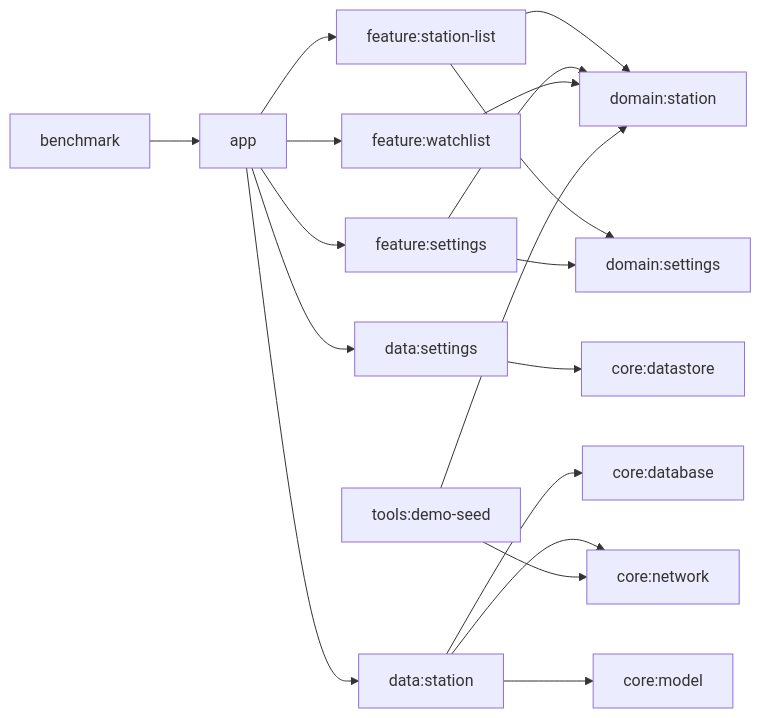
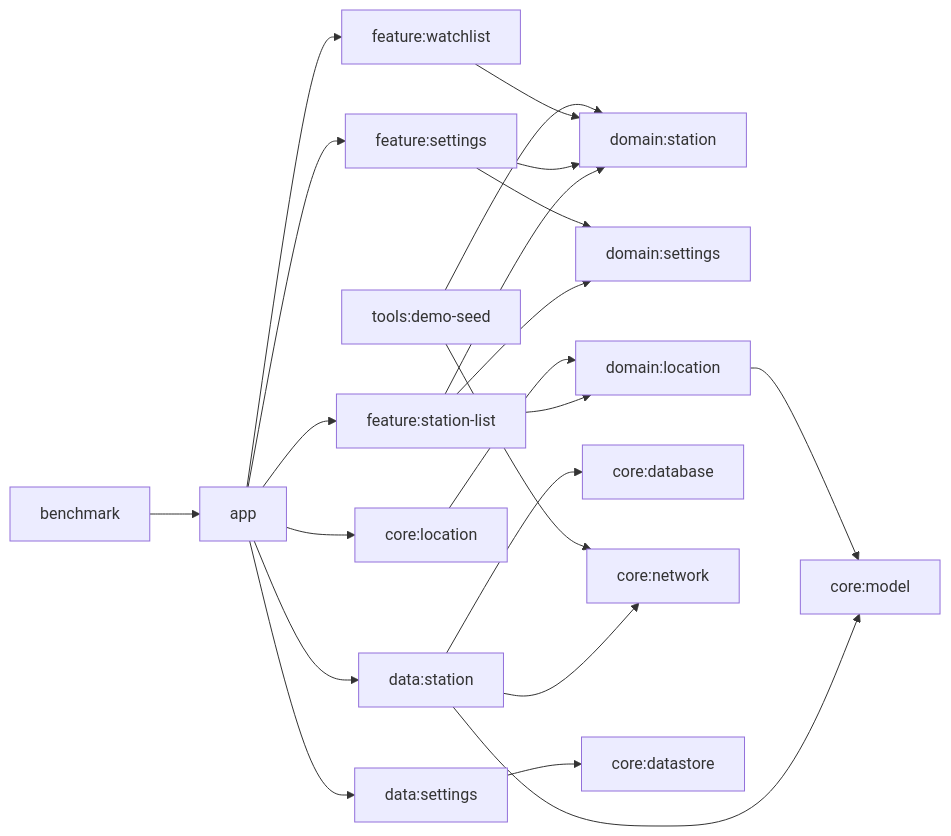
The diagram in README.md (beyondwin/GasStation), drawn with Mermaid before and after one commit. The commit also changed other lines of this file and 4 other files, not shown here.

````diff
--- a/README.md
+++ b/README.md
@@ -37,23 +38,27 @@
 ```mermaid
 flowchart LR
     app["app"] --> fstation["feature:station-list"]
     app --> fsettings["feature:settings"]
     app --> fwatch["feature:watchlist"]
     app --> dsettings["data:settings"]
     app --> dstation["data:station"]
+    app --> clocation["core:location"]
 
     fstation --> domStation["domain:station"]
     fstation --> domSettings["domain:settings"]
+    fstation --> domLocation["domain:location"]
     fsettings --> domSettings
     fsettings --> domStation
     fwatch --> domStation
 
     dstation --> cdb["core:database"]
     dstation --> cnet["core:network"]
     dstation --> cmodel["core:model"]
     dsettings --> cstore["core:datastore"]
+    clocation --> domLocation
+    domLocation --> cmodel
 
     tools["tools:demo-seed"] --> cnet
     tools --> domStation
     benchmark["benchmark"] --> app
 ```
````
